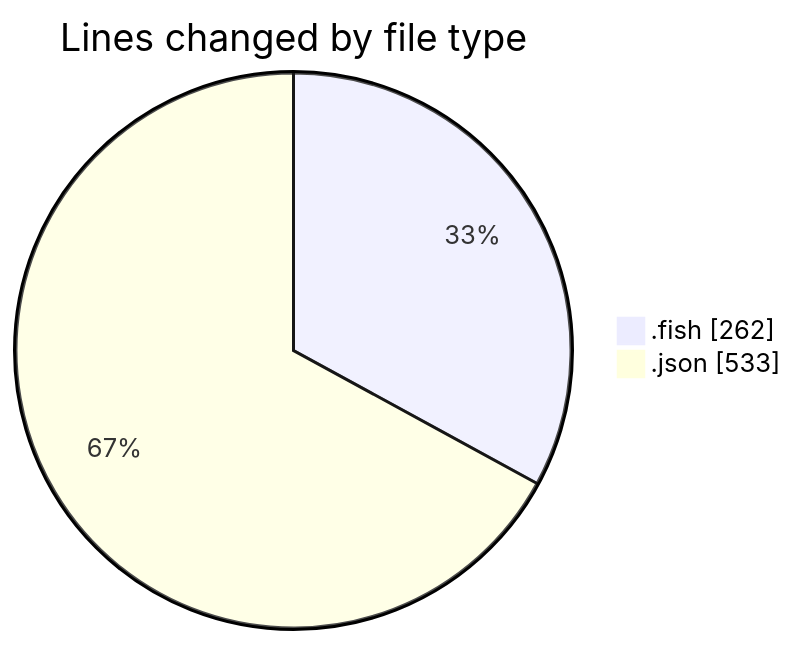
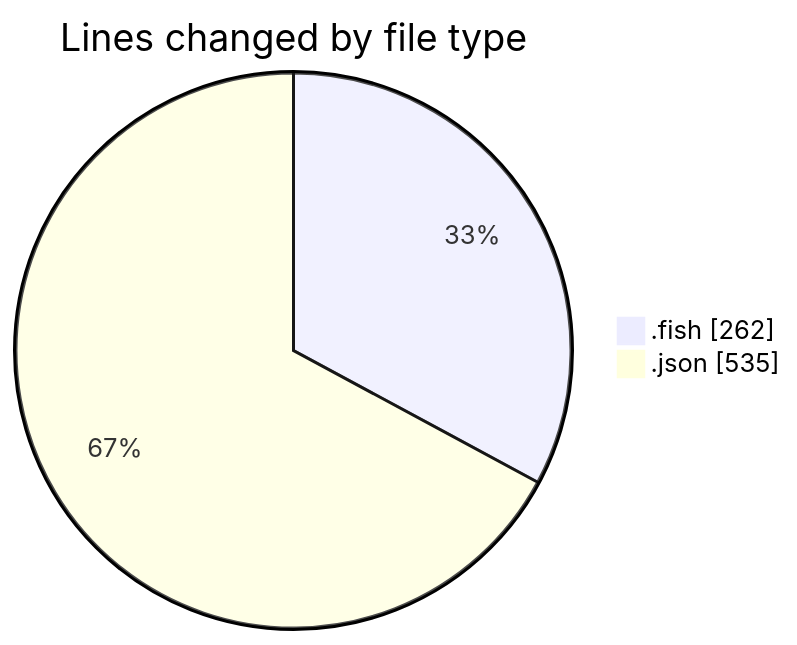
Before and after one commit to EIIisD/code-tracking: the first of 2 diagrams in 2025-07-24/fish/README.md, drawn with Mermaid. The commit also changed other lines of this file and 1 other file, not shown here.

````diff
--- a/2025-07-24/fish/README.md
+++ b/2025-07-24/fish/README.md
@@ -25,6 +25,6 @@
 ```mermaid
 pie showData
 title Lines changed by file type
 ".fish" : 262
-".json" : 533
+".json" : 535
 ```
````
